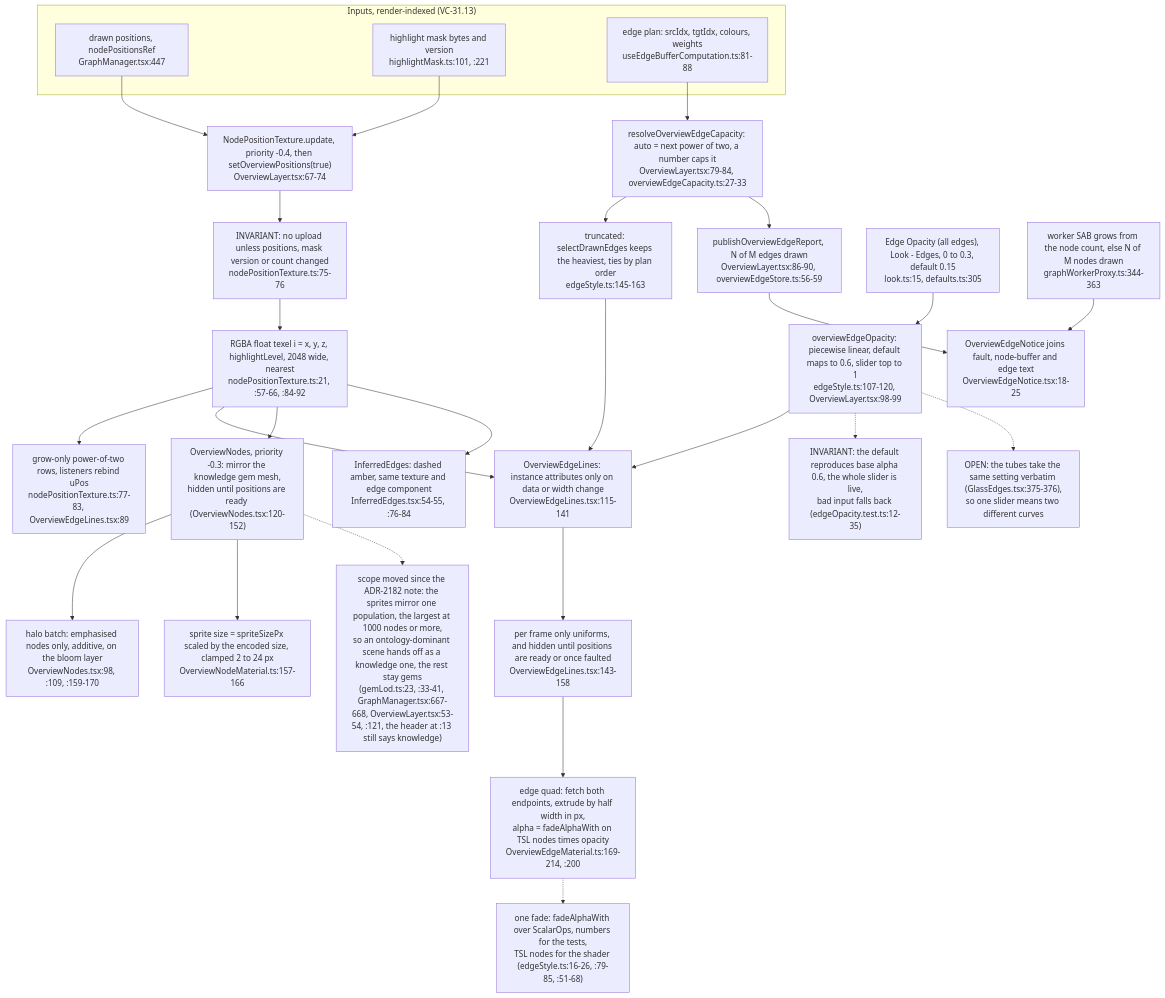
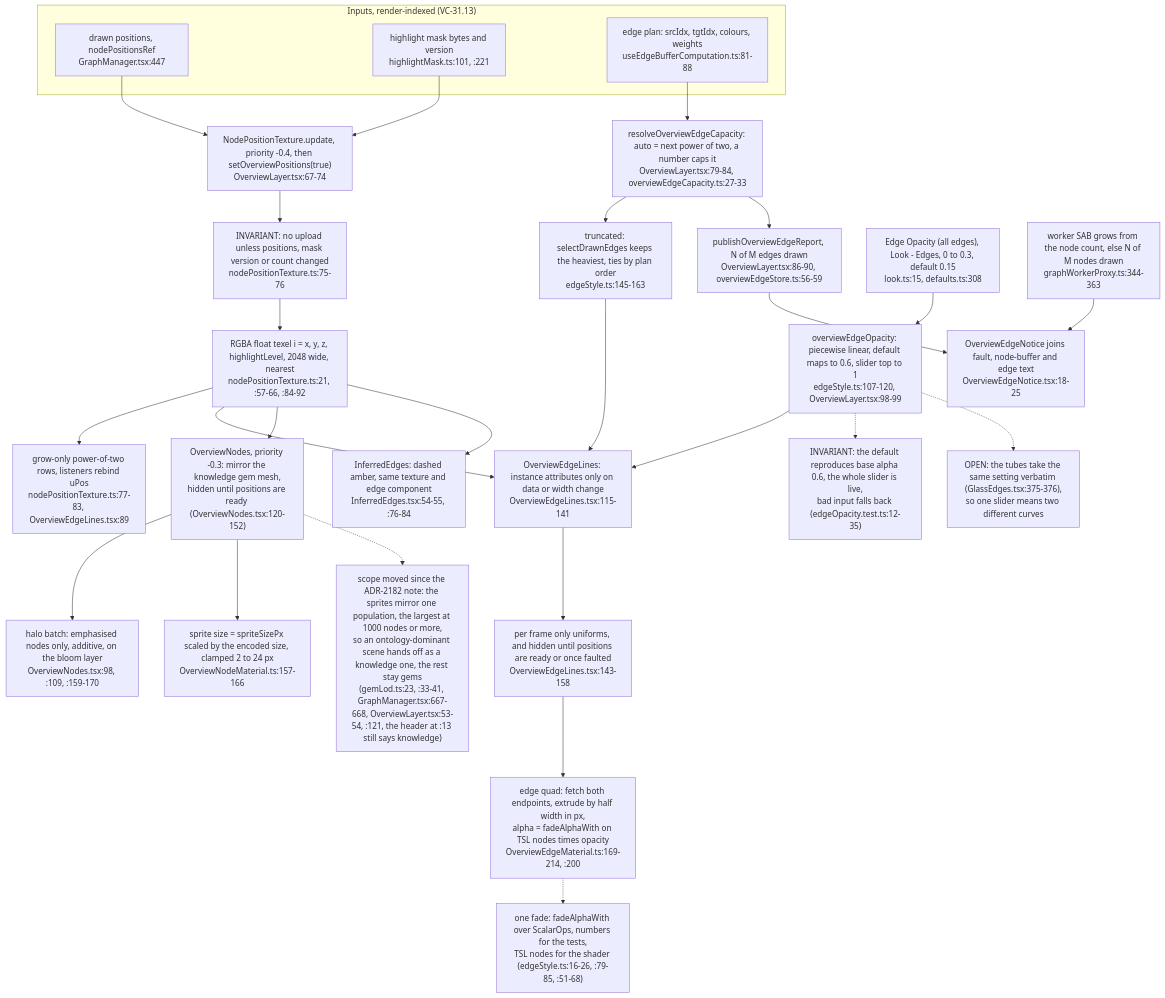
One commit to DreamLab-AI/VisionFlow changed diagram 12 of 15 in docs/diagrams/visionclaw/31-client-graph-render-pipeline.md. Above: the diagram before and after it, drawn with Mermaid. The commit also changed other lines of this file and 81 other files, not shown here.

First line of the commit message:
docs(diagrams): roll VisionClaw topics to main 010e1109b (PR 37 and 38 merged); fix remaining prose citations

````diff
--- a/docs/diagrams/visionclaw/31-client-graph-render-pipeline.md
+++ b/docs/diagrams/visionclaw/31-client-graph-render-pipeline.md
@@ -676,32 +676,32 @@
 ```mermaid
 flowchart TB
     subgraph SRC["Inputs, render-indexed (VC-31.13)"]
         DRAWN["drawn positions, nodePositionsRef<br/>GraphManager.tsx:447"]
         MASK["highlight mask bytes and version<br/>highlightMask.ts:101, :221"]
         PLAN["edge plan: srcIdx, tgtIdx, colours, weights<br/>useEdgeBufferComputation.ts:81-88"]
     end
     DRAWN --> TEX["NodePositionTexture.update, priority -0.4, then setOverviewPositions(true)<br/>OverviewLayer.tsx:67-74"]
     MASK --> TEX
     TEX --> SKIP["INVARIANT: no upload unless positions, mask version or count changed<br/>nodePositionTexture.ts:75-76"]
     SKIP --> FILL["RGBA float texel i = x, y, z, highlightLevel, 2048 wide, nearest<br/>nodePositionTexture.ts:21, :57-66, :84-92"]
     FILL --> GROW["grow-only power-of-two rows, listeners rebind uPos<br/>nodePositionTexture.ts:77-83, OverviewEdgeLines.tsx:89"]
     PLAN --> CAPN["resolveOverviewEdgeCapacity: auto = next power of two, a number caps it<br/>OverviewLayer.tsx:79-84, overviewEdgeCapacity.ts:27-33"]
     CAPN --> PICK["truncated: selectDrawnEdges keeps the heaviest, ties by plan order<br/>edgeStyle.ts:145-163"]
     CAPN --> REP["publishOverviewEdgeReport, N of M edges drawn<br/>OverviewLayer.tsx:86-90, overviewEdgeStore.ts:56-59"]
     PICK --> EL["OverviewEdgeLines: instance attributes only on data or width change<br/>OverviewEdgeLines.tsx:115-141"]
     FILL --> EL
-    SET["Edge Opacity (all edges), Look - Edges, 0 to 0.3, default 0.15<br/>look.ts:15, defaults.ts:305"] --> OPA["overviewEdgeOpacity: piecewise linear, default maps to 0.6, slider top to 1<br/>edgeStyle.ts:107-120, OverviewLayer.tsx:98-99"]
+    SET["Edge Opacity (all edges), Look - Edges, 0 to 0.3, default 0.15<br/>look.ts:15, defaults.ts:308"] --> OPA["overviewEdgeOpacity: piecewise linear, default maps to 0.6, slider top to 1<br/>edgeStyle.ts:107-120, OverviewLayer.tsx:98-99"]
     OPA --> EL
     OPA -.-> I2["INVARIANT: the default reproduces base alpha 0.6, the whole slider is live,<br/>bad input falls back (edgeOpacity.test.ts:12-35)"]
     EL --> EUN["per frame only uniforms, and hidden until positions are ready or once faulted<br/>OverviewEdgeLines.tsx:143-158"]
     EUN --> EMAT["edge quad: fetch both endpoints, extrude by half width in px,<br/>alpha = fadeAlphaWith on TSL nodes times opacity<br/>OverviewEdgeMaterial.ts:169-214, :200"]
     EMAT -.-> ONE["one fade: fadeAlphaWith over ScalarOps, numbers for the tests,<br/>TSL nodes for the shader (edgeStyle.ts:16-26, :79-85, :51-68)"]
     FILL --> NODES["OverviewNodes, priority -0.3: mirror the knowledge gem mesh,<br/>hidden until positions are ready (OverviewNodes.tsx:120-152)"]
     NODES --> HALO["halo batch: emphasised nodes only, additive, on the bloom layer<br/>OverviewNodes.tsx:98, :109, :159-170"]
     NODES --> NMAT["sprite size = spriteSizePx scaled by the encoded size, clamped 2 to 24 px<br/>OverviewNodeMaterial.ts:157-166"]
     FILL --> INF["InferredEdges: dashed amber, same texture and edge component<br/>InferredEdges.tsx:54-55, :76-84"]
     REP --> NOTICE["OverviewEdgeNotice joins fault, node-buffer and edge text<br/>OverviewEdgeNotice.tsx:18-25"]
     WRK["worker SAB grows from the node count, else N of M nodes drawn<br/>graphWorkerProxy.ts:344-363"] --> NOTICE
     NODES -.-> O1["scope moved since the ADR-2182 note: the sprites mirror one population, the largest at 1000 nodes or more,<br/>so an ontology-dominant scene hands off as a knowledge one, the rest stay gems<br/>(gemLod.ts:23, :33-41, GraphManager.tsx:667-668, OverviewLayer.tsx:53-54, :121, the header at :13 still says knowledge)"]
     OPA -.-> O2["OPEN: the tubes take the same setting verbatim (GlassEdges.tsx:375-376),<br/>so one slider means two different curves"]
 ```
````
